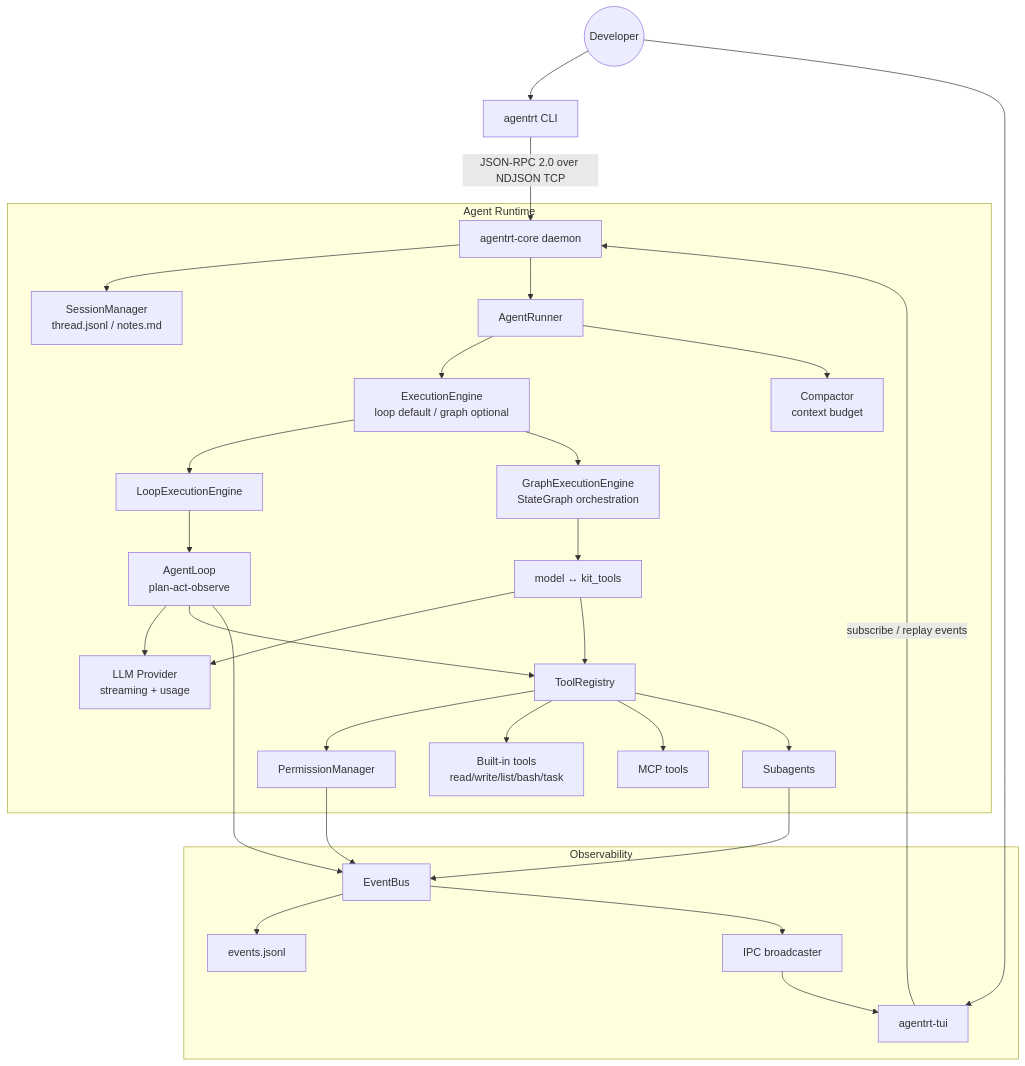
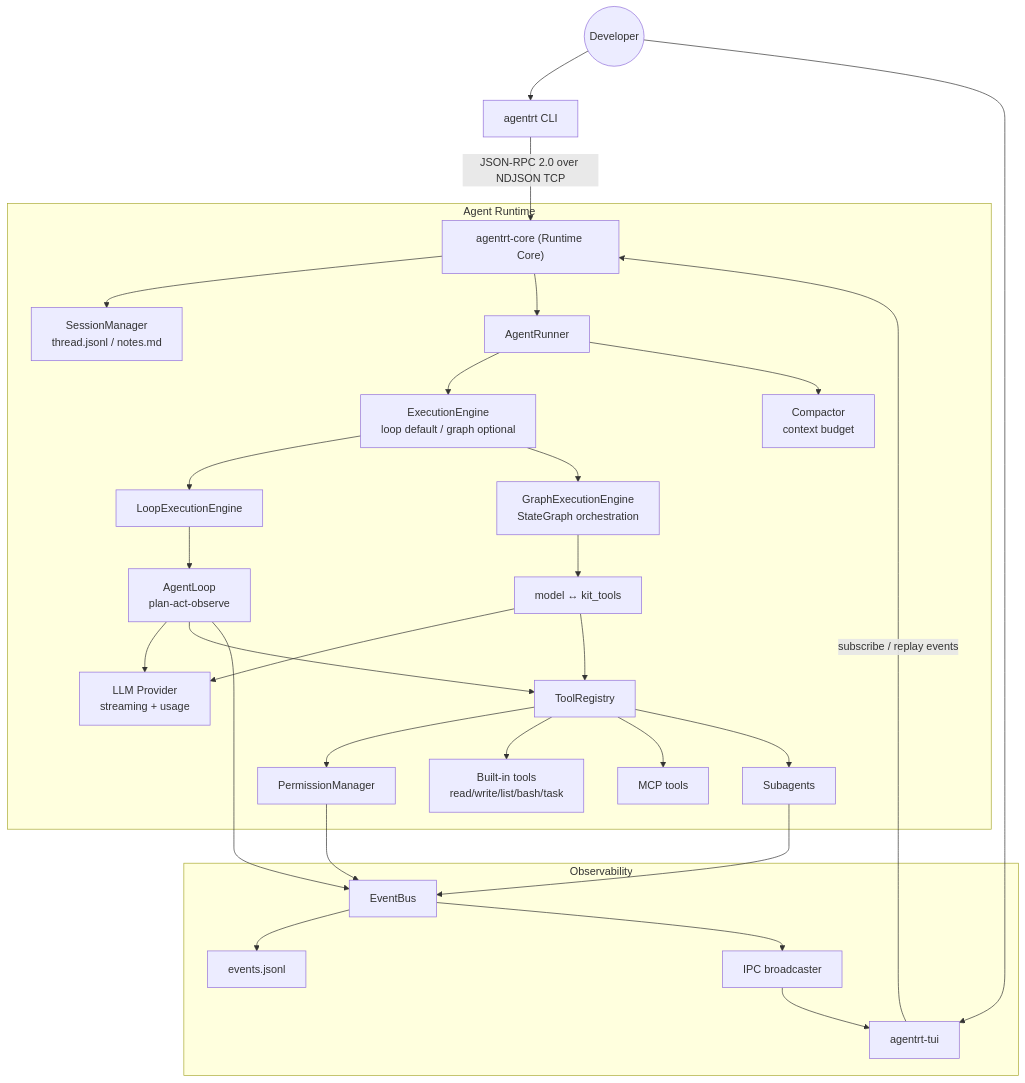
The diagram in README.en.md (zed123214/agent-runtime-kit), drawn with Mermaid before and after one commit. The commit also changed other lines of this file and 64 other files, not shown here.

````diff
--- a/README.en.md
+++ b/README.en.md
@@ -38,36 +38,36 @@
 ```mermaid
 graph TD
     User((Developer)) --> CLI["agentrt CLI"]
     User --> TUI["agentrt-tui"]
 
-    CLI -->|JSON-RPC 2.0 over NDJSON TCP| Core["agentrt-core daemon"]
+    CLI -->|JSON-RPC 2.0 over NDJSON TCP| Core["agentrt-core (Runtime Core)"]
     TUI -->|subscribe / replay events| Core
 
     subgraph Runtime["Agent Runtime"]
         Core --> Session["SessionManager\nthread.jsonl / notes.md"]
         Core --> Runner["AgentRunner"]
         Runner --> Engine["ExecutionEngine\nloop default / graph optional"]
         Engine --> LoopEngine["LoopExecutionEngine"]
         Engine --> GraphEngine["GraphExecutionEngine\nStateGraph orchestration"]
         LoopEngine --> Loop["AgentLoop\nplan-act-observe"]
         GraphEngine --> Graph["model ↔ kit_tools"]
         Loop --> LLM["LLM Provider\nstreaming + usage"]
         Loop --> Registry["ToolRegistry"]
         Graph --> LLM
         Graph --> Registry
         Registry --> Permission["PermissionManager"]
         Registry --> Builtins["Built-in tools\nread/write/list/bash/task"]
         Registry --> MCP["MCP tools"]
         Registry --> SubAgent["Subagents"]
         Runner --> Compact["Compactor\ncontext budget"]
     end
 
     subgraph Observability["Observability"]
         Loop --> EventBus["EventBus"]
         Permission --> EventBus
         SubAgent --> EventBus
         EventBus --> Writer["events.jsonl"]
         EventBus --> Broadcast["IPC broadcaster"]
         Broadcast --> TUI
     end
 ```
````
